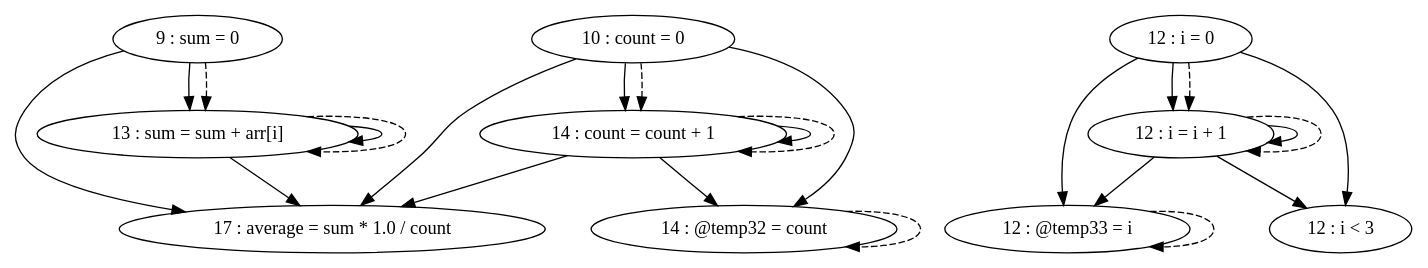
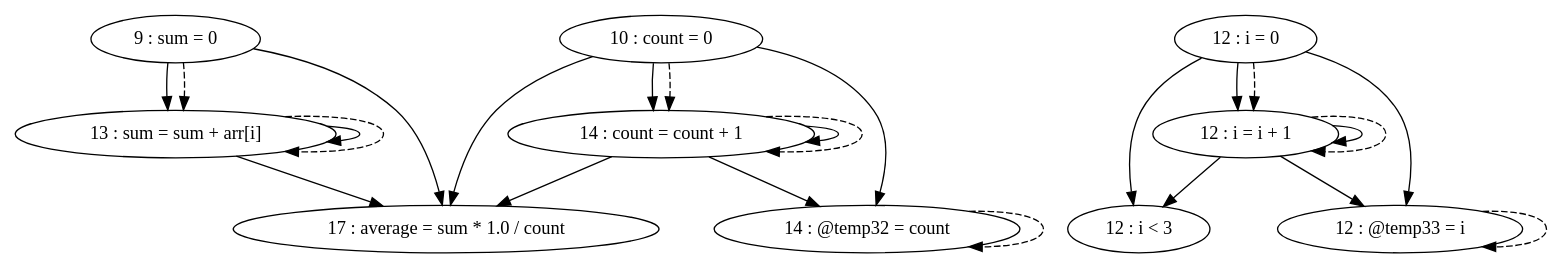
Before and after one commit to thomassimko/thesis-code-duplication: the diagram in pdg/source/testFiles/TestCases/TestCase9/TestCase9-test1.gv, drawn with Graphviz. The commit also changed other lines of this file and 107 other files, not shown here.

```diff
--- a/pdg/source/testFiles/TestCases/TestCase9/TestCase9-test1.gv
+++ b/pdg/source/testFiles/TestCases/TestCase9/TestCase9-test1.gv
@@ -1,36 +1,36 @@
 digraph G {
 "9 : sum = 0"
+"9 : sum = 0" -> "13 : sum = sum + arr[i]"
 "9 : sum = 0" -> "17 : average = sum * 1.0 / count"
-"9 : sum = 0" -> "13 : sum = sum + arr[i]"
 "9 : sum = 0" -> "13 : sum = sum + arr[i]" [style=dashed]
 "10 : count = 0"
+"10 : count = 0" -> "14 : count = count + 1"
 "10 : count = 0" -> "14 : @temp32 = count"
 "10 : count = 0" -> "17 : average = sum * 1.0 / count"
-"10 : count = 0" -> "14 : count = count + 1"
 "10 : count = 0" -> "14 : count = count + 1" [style=dashed]
 "12 : i = 0"
-"12 : i = 0" -> "12 : @temp33 = i"
 "12 : i = 0" -> "12 : i < 3"
 "12 : i = 0" -> "12 : i = i + 1"
+"12 : i = 0" -> "12 : @temp33 = i"
 "12 : i = 0" -> "12 : i = i + 1" [style=dashed]
 "12 : i < 3"
 "13 : sum = sum + arr[i]"
+"13 : sum = sum + arr[i]" -> "13 : sum = sum + arr[i]"
 "13 : sum = sum + arr[i]" -> "17 : average = sum * 1.0 / count"
-"13 : sum = sum + arr[i]" -> "13 : sum = sum + arr[i]"
 "13 : sum = sum + arr[i]" -> "13 : sum = sum + arr[i]" [style=dashed]
 "14 : @temp32 = count"
 "14 : @temp32 = count" -> "14 : @temp32 = count" [style=dashed]
 "14 : count = count + 1"
+"14 : count = count + 1" -> "14 : count = count + 1"
 "14 : count = count + 1" -> "14 : @temp32 = count"
 "14 : count = count + 1" -> "17 : average = sum * 1.0 / count"
-"14 : count = count + 1" -> "14 : count = count + 1"
 "14 : count = count + 1" -> "14 : count = count + 1" [style=dashed]
 "12 : @temp33 = i"
 "12 : @temp33 = i" -> "12 : @temp33 = i" [style=dashed]
 "12 : i = i + 1"
-"12 : i = i + 1" -> "12 : @temp33 = i"
 "12 : i = i + 1" -> "12 : i < 3"
 "12 : i = i + 1" -> "12 : i = i + 1"
+"12 : i = i + 1" -> "12 : @temp33 = i"
 "12 : i = i + 1" -> "12 : i = i + 1" [style=dashed]
 "17 : average = sum * 1.0 / count"
 }
```
